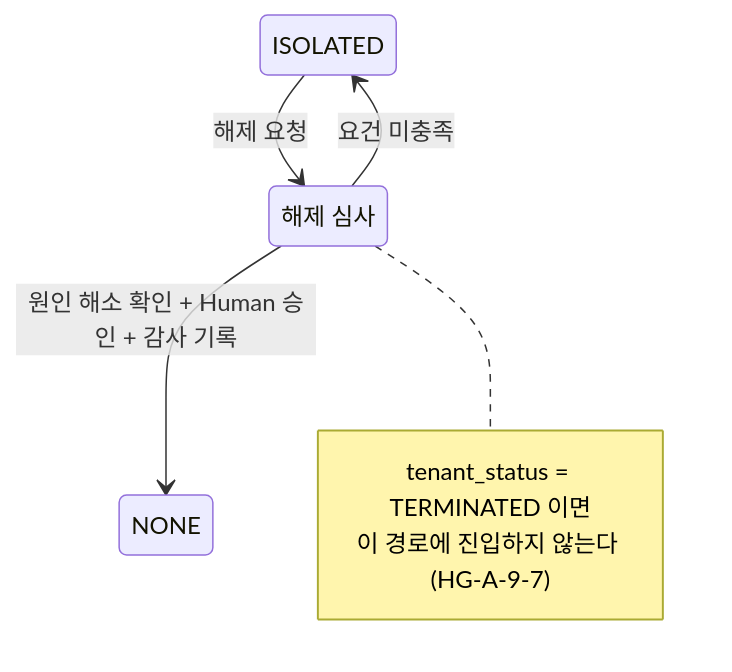
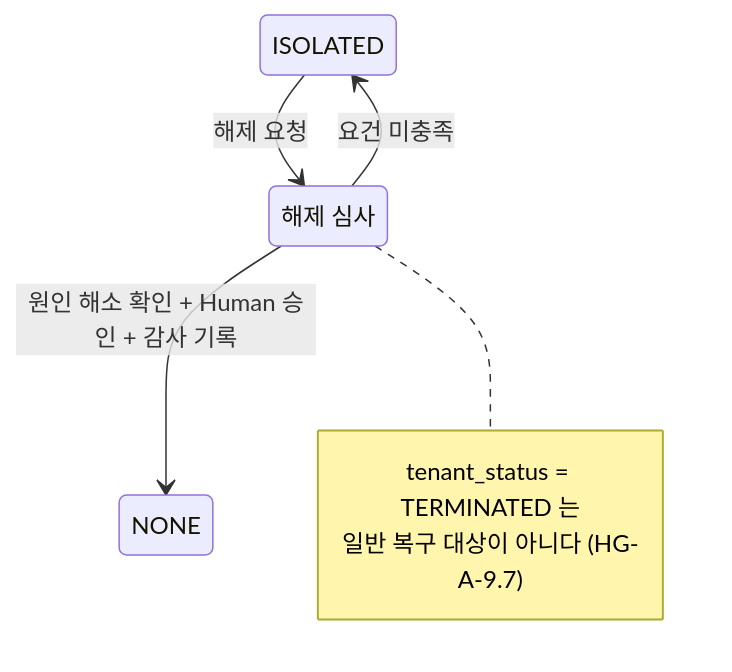
One commit to mirunubi/yoonsul_wait_order_handoff changed the third of 7 diagrams in docs/600000_implementation_lifecycle/601800_tenant_lifecycle_rpc_alignment/601803_Diagram_Tenant_Lifecycle_State_Machine.md. Above: the diagram before and after it, drawn with Mermaid. The commit also changed other lines of this file, not shown here.

````diff
--- a/docs/600000_implementation_lifecycle/601800_tenant_lifecycle_rpc_alignment/601803_Diagram_Tenant_Lifecycle_State_Machine.md
+++ b/docs/600000_implementation_lifecycle/601800_tenant_lifecycle_rpc_alignment/601803_Diagram_Tenant_Lifecycle_State_Machine.md
@@ -126,13 +181,13 @@
 ```mermaid
 stateDiagram-v2
     state "ISOLATED" as ISO
     state "해제 심사" as REV
     state "NONE" as NON
     ISO --> REV : 해제 요청
     REV --> ISO : 요건 미충족
     REV --> NON : 원인 해소 확인 + Human 승인 + 감사 기록
     note right of REV
-      tenant_status = TERMINATED 이면
-      이 경로에 진입하지 않는다 (HG-A-9-7)
+      tenant_status = TERMINATED 는
+      일반 복구 대상이 아니다 (HG-A-9.7)
     end note
 ```
````
